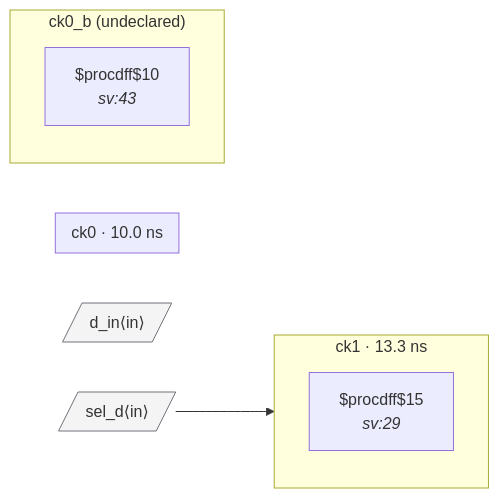
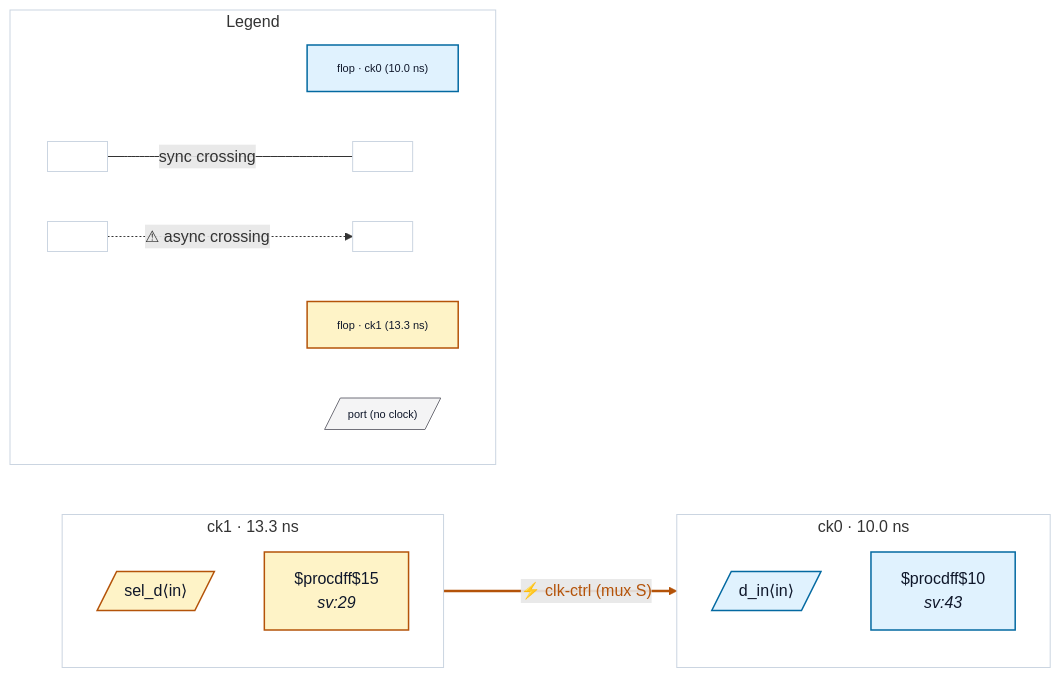
One commit to rtl-buddy/rtl-buddy-cdc changed the diagram in tests/fixtures/bad_async_clock_mux/README.md. Above: the diagram before and after it, drawn with Mermaid. The commit also changed other lines of this file and 71 other files, not shown here.

First line of the commit message:
Refresh fixture READMEs + render iterations (colors, legend, nested ports, clock-net edges)

````diff
--- a/tests/fixtures/bad_async_clock_mux/README.md
+++ b/tests/fixtures/bad_async_clock_mux/README.md
@@ -18,19 +18,42 @@
 ```mermaid
 %% bad_async_clock_mux — generated by rtl-buddy-cdc render
 flowchart LR
   subgraph clk_ck0["ck0 · 10.0 ns"]
     direction TB
+    p_in_d_in[/"d_in⟨in⟩"/]:::ckcls_ck0
+    f_92c88a19["$procdff$10<br/><i>sv:43</i>"]:::ckcls_ck0
   end
   subgraph clk_ck1["ck1 · 13.3 ns"]
     direction TB
-    f_fc18e771["$procdff$15<br/><i>sv:29</i>"]
+    p_in_sel_d[/"sel_d⟨in⟩"/]:::ckcls_ck1
+    f_fc18e771["$procdff$15<br/><i>sv:29</i>"]:::ckcls_ck1
   end
-  subgraph clk_ck0_b["ck0_b (undeclared)"]
-    direction TB
-    f_92c88a19["$procdff$10<br/><i>sv:43</i>"]
+  f_fc18e771 ==> |"⚡ clk-ctrl (mux S)"| f_92c88a19
+  subgraph rb_legend["Legend"]
+    direction LR
+    lg_clk_ck0["flop · ck0 (10.0 ns)"]:::ckcls_ck0
+    lg_clk_ck1["flop · ck1 (13.3 ns)"]:::ckcls_ck1
+    lg_port[/"port (no clock)"/]:::port_unassigned
+    lg_sync_a[" "]:::ckcls_legend_neutral
+    lg_sync_b[" "]:::ckcls_legend_neutral
+    lg_async_a[" "]:::ckcls_legend_neutral
+    lg_async_b[" "]:::ckcls_legend_neutral
+    lg_sync_a --- |"sync crossing"| lg_sync_b
+    lg_async_a -. "⚠ async crossing" .-> lg_async_b
   end
-  p_in_d_in[/"d_in⟨in⟩"/]:::port
-  p_in_sel_d[/"sel_d⟨in⟩"/]:::port
-  p_in_sel_d --> f_fc18e771
-  classDef port fill:#f4f4f5,stroke:#71717a
+  style clk_ck0 fill:none,stroke:#cbd5e1
+  style clk_ck1 fill:none,stroke:#cbd5e1
+  style rb_legend fill:none,stroke:#cbd5e1
+  style lg_clk_ck0 font-size:11px
+  style lg_clk_ck1 font-size:11px
+  style lg_port font-size:11px
+  style lg_sync_a font-size:11px
+  style lg_sync_b font-size:11px
+  style lg_async_a font-size:11px
+  style lg_async_b font-size:11px
+  linkStyle 0 stroke:#b45309,stroke-width:2.5px,color:#b45309
+  classDef ckcls_ck0 fill:#e0f2fe,stroke:#0369a1,stroke-width:1.5px,color:#0f172a
+  classDef ckcls_ck1 fill:#fef3c7,stroke:#b45309,stroke-width:1.5px,color:#0f172a
+  classDef port_unassigned fill:#f4f4f5,stroke:#71717a,color:#0f172a
+  classDef ckcls_legend_neutral fill:#ffffff,stroke:#cbd5e1,stroke-width:1px,color:#0f172a
 ```
````
